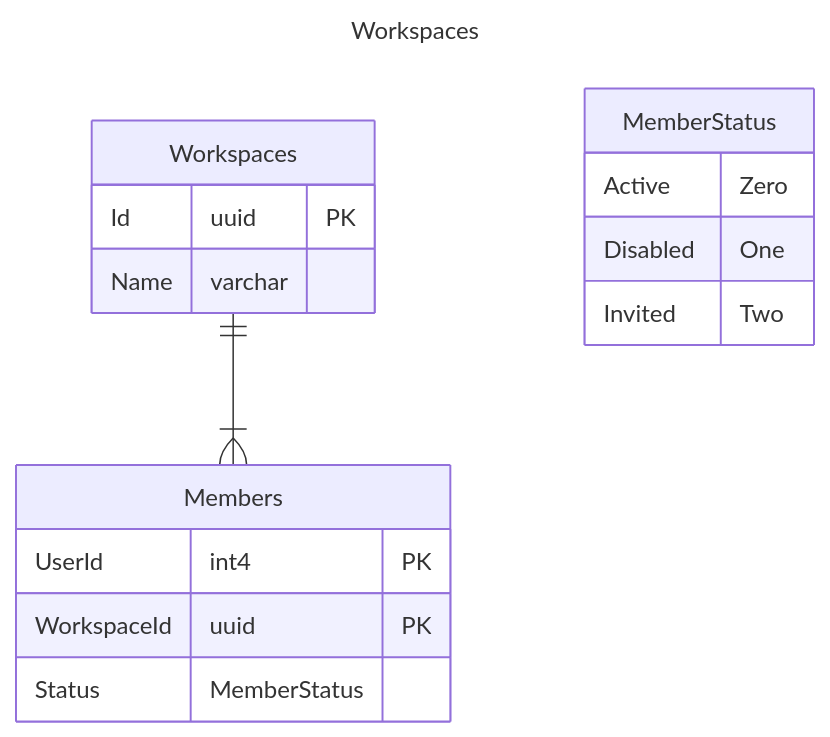
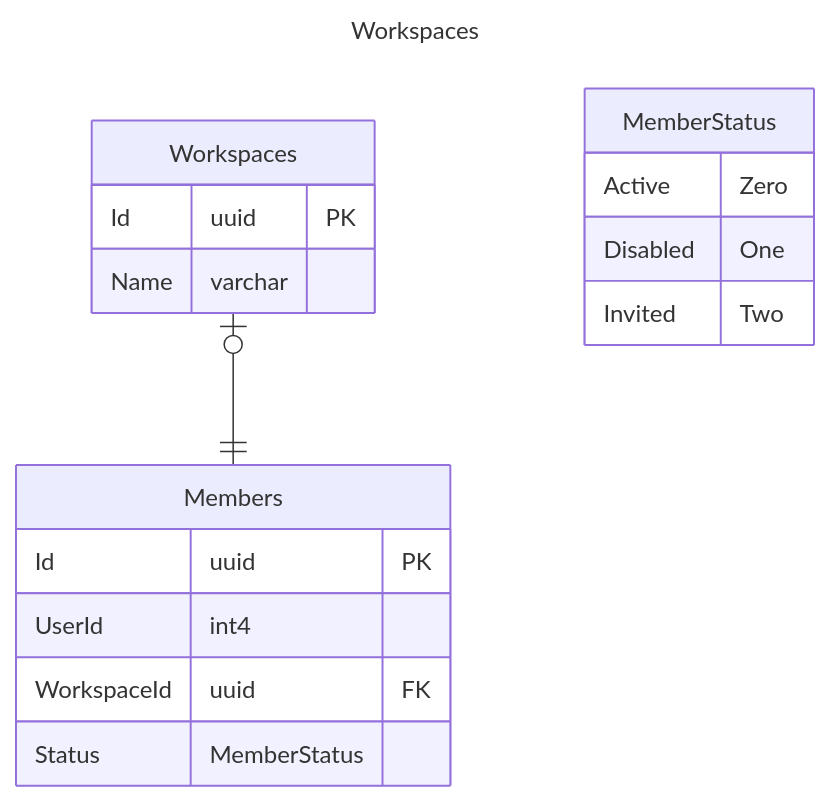
One commit to danyducky/hot-knowledge changed the diagram in docs/database/workspaces.MD. Above: the diagram before and after it, drawn with Mermaid.

Commit message:
Add Member identifier TASK-39

````diff
--- a/docs/database/workspaces.MD
+++ b/docs/database/workspaces.MD
@@ -2,24 +2,25 @@
 ```mermaid
 ---
 title: Workspaces
 ---
 
 erDiagram
-    Workspaces ||--|{ Members : ""
+    Workspaces |o--|| Members : ""
     Workspaces {
         Id uuid PK
         Name varchar
     }
 
     Members {
-        UserId int4 PK
-        WorkspaceId uuid PK
+        Id uuid PK
+        UserId int4
+        WorkspaceId uuid FK
         Status MemberStatus
     }
 
     MemberStatus {
         Active Zero
         Disabled One
         Invited Two
     }
 ```
````
